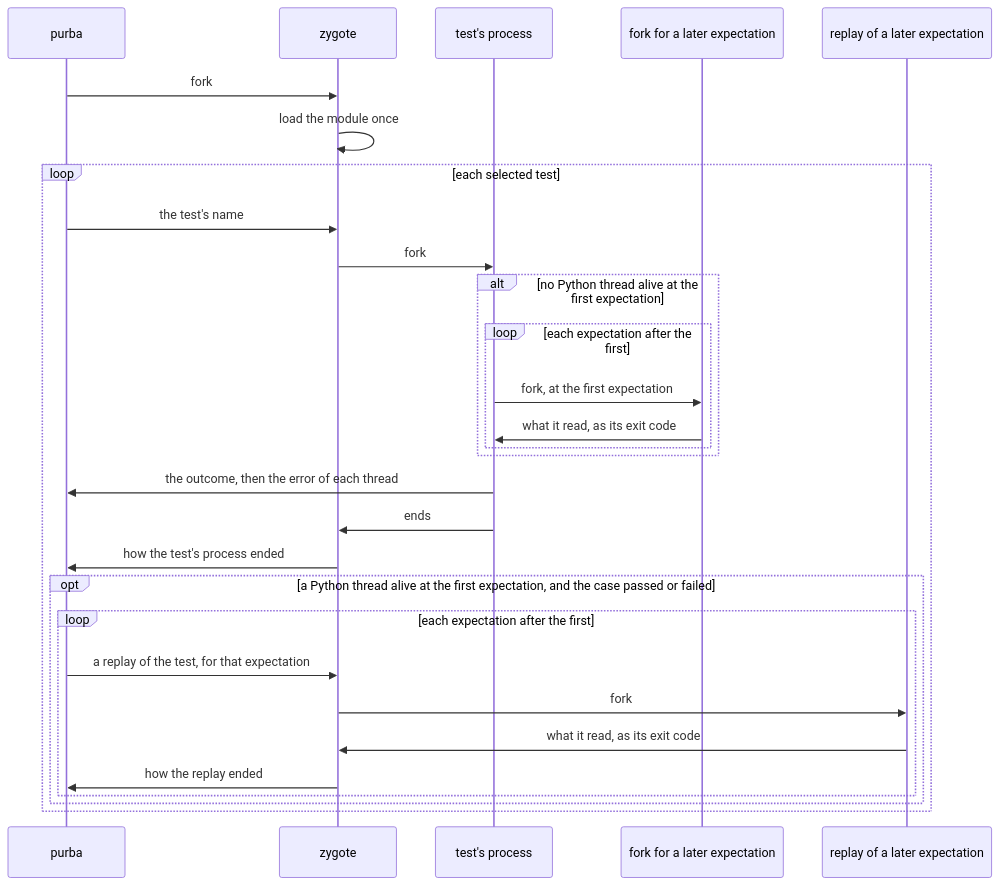
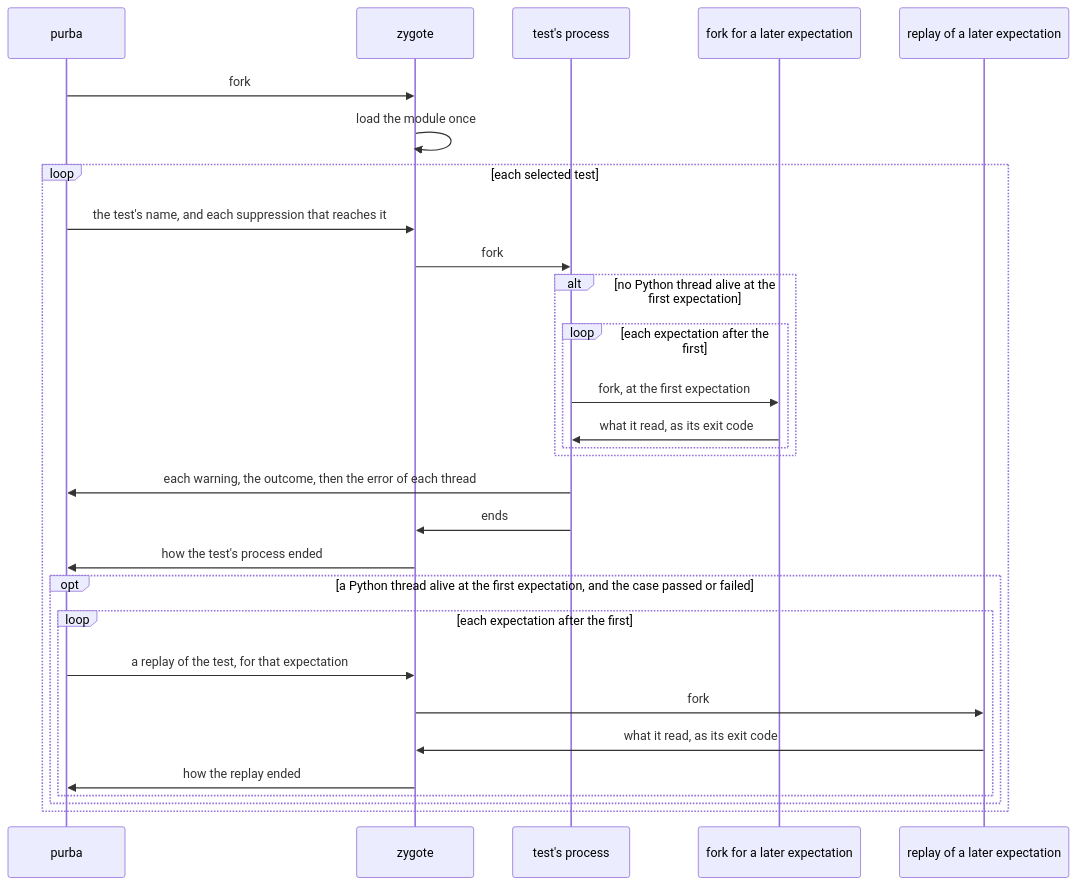
Before and after one commit to kalonji-tools/purba: the diagram in docs/decisions/each-test-runs-in-a-process-of-its-own.md, drawn with Mermaid. The commit also changed 14 other files, not shown here.

````diff
--- a/docs/decisions/each-test-runs-in-a-process-of-its-own.md
+++ b/docs/decisions/each-test-runs-in-a-process-of-its-own.md
@@ -44,31 +44,31 @@
 ```mermaid
 sequenceDiagram
   participant purba
   participant zygote
   participant test as test's process
   participant alone as fork for a later expectation
   participant replay as replay of a later expectation
   purba->>zygote: fork
   zygote->>zygote: load the module once
   loop each selected test
-    purba->>zygote: the test's name
+    purba->>zygote: the test's name, and each suppression that reaches it
     zygote->>test: fork
     alt no Python thread alive at the first expectation
       loop each expectation after the first
         test->>alone: fork, at the first expectation
         alone->>test: what it read, as its exit code
       end
     end
-    test->>purba: the outcome, then the error of each thread
+    test->>purba: each warning, the outcome, then the error of each thread
     test->>zygote: ends
     zygote->>purba: how the test's process ended
     opt a Python thread alive at the first expectation, and the case passed or failed
       loop each expectation after the first
         purba->>zygote: a replay of the test, for that expectation
         zygote->>replay: fork
         replay->>zygote: what it read, as its exit code
         zygote->>purba: how the replay ended
       end
     end
   end
 ```
````
